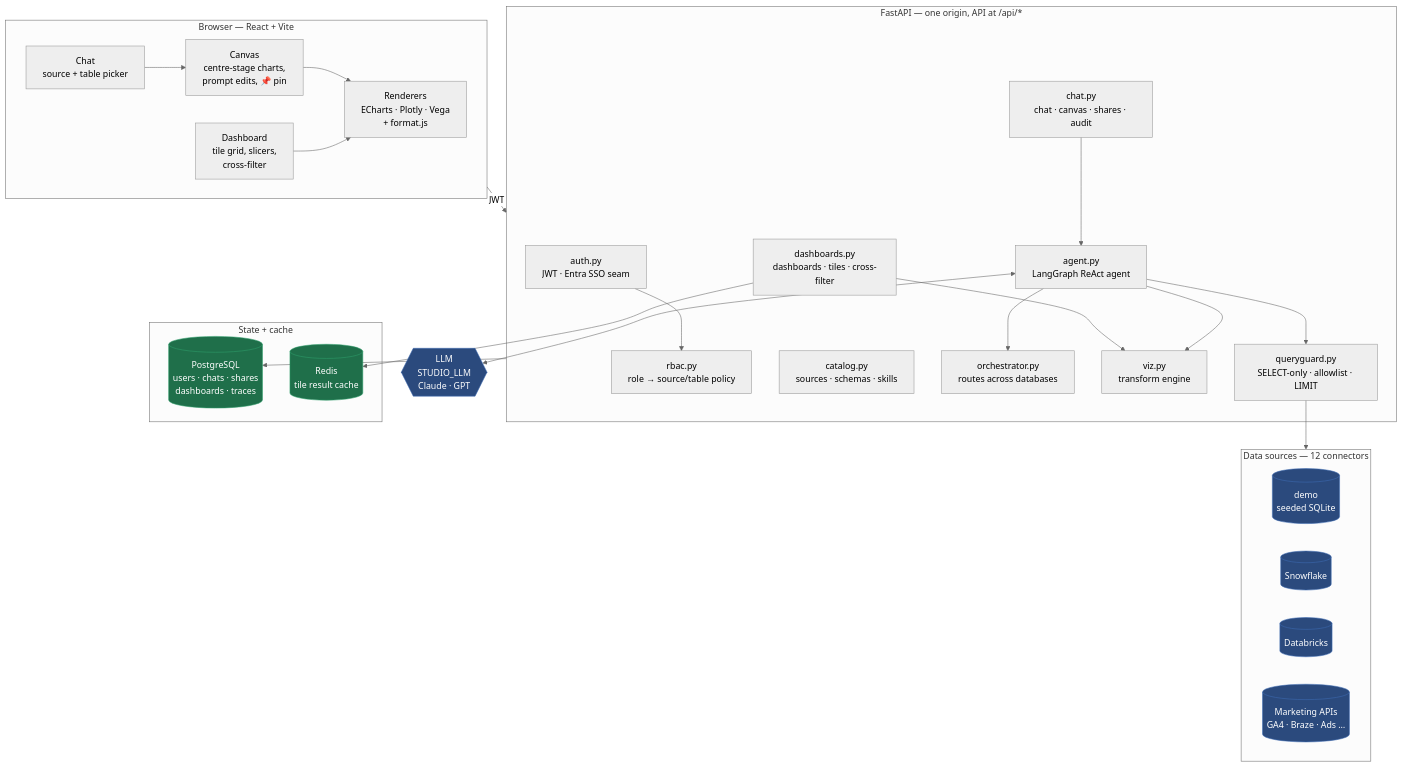
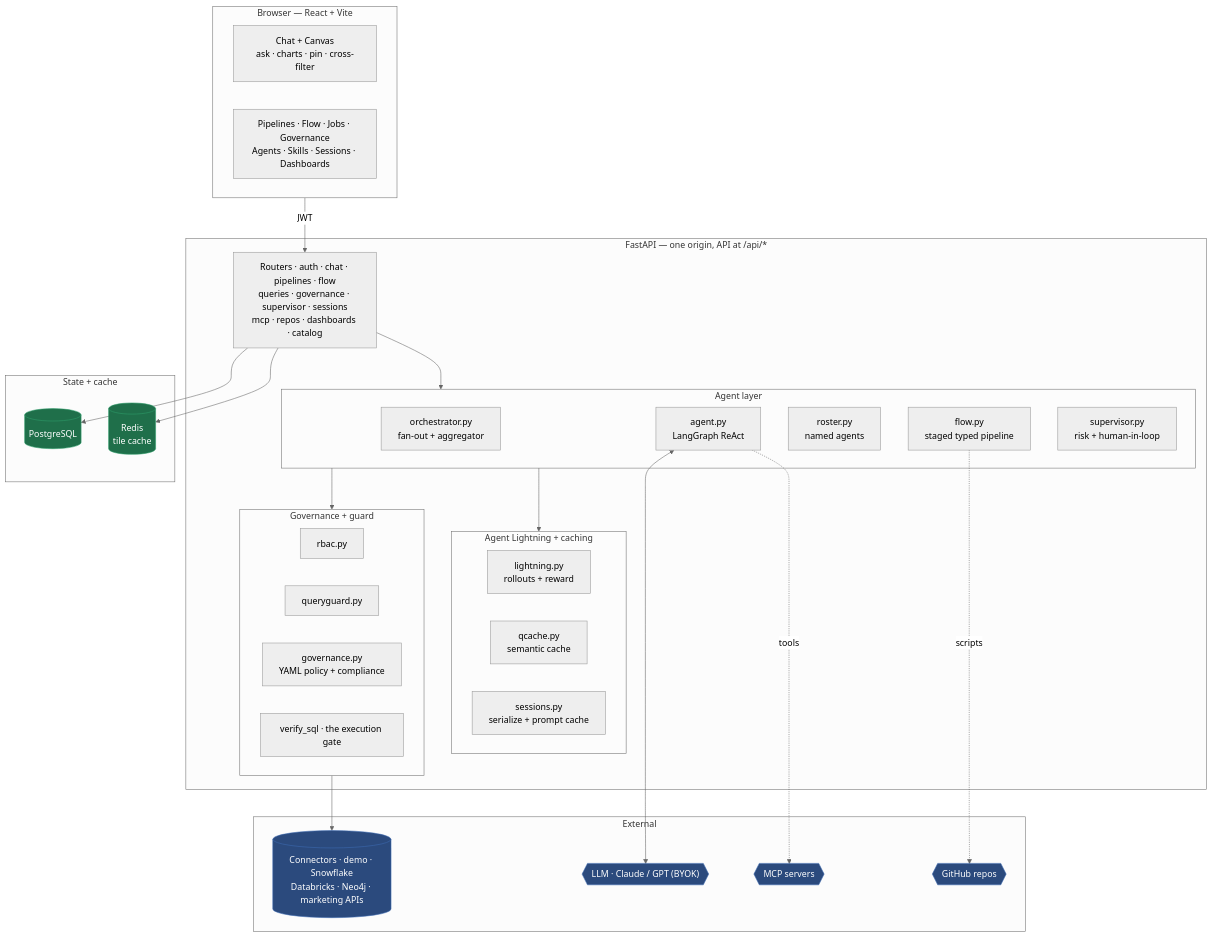
The first of 9 diagrams in README.md (rohitkarumanchi745/studio), drawn with Mermaid (neutral theme) before and after one commit. The commit also changed other lines of this file, not shown here.

First line of the commit message:
README: full-platform rewrite — architecture diagram + tradeoffs/rationale

````diff
--- a/README.md
+++ b/README.md
@@ -14,52 +17,60 @@
 ```mermaid
 flowchart TB
     subgraph client["Browser — React + Vite"]
-        chat["Chat<br/>source + table picker"]
-        canvas["Canvas<br/>centre-stage charts,<br/>prompt edits, 📌 pin"]
-        dash["Dashboard<br/>tile grid, slicers,<br/>cross-filter"]
-        render["Renderers<br/>ECharts · Plotly · Vega<br/>+ format.js"]
-        chat --> canvas --> render
-        dash --> render
+        chat["Chat + Canvas<br/>ask · charts · pin · cross-filter"]
+        views["Pipelines · Flow · Jobs · Governance<br/>Agents · Skills · Sessions · Dashboards"]
     end
 
     subgraph api["FastAPI — one origin, API at /api/*"]
-        auth["auth.py<br/>JWT · Entra SSO seam"]
-        rbacm["rbac.py<br/>role → source/table policy"]
-        catalog["catalog.py<br/>sources · schemas · skills"]
-        chatr["chat.py<br/>chat · canvas · shares · audit"]
-        dashr["dashboards.py<br/>dashboards · tiles · cross-filter"]
-        agent["agent.py<br/>LangGraph ReAct agent"]
-        orch["orchestrator.py<br/>routes across databases"]
-        viz["viz.py<br/>transform engine"]
-        guard["queryguard.py<br/>SELECT-only · allowlist · LIMIT"]
+        routers["Routers · auth · chat · pipelines · flow<br/>queries · governance · supervisor · sessions<br/>mcp · repos · dashboards · catalog"]
+
+        subgraph agents["Agent layer"]
+            orch["orchestrator.py<br/>fan-out + aggregator"]
+            agent["agent.py<br/>LangGraph ReAct"]
+            roster["roster.py<br/>named agents"]
+            flowm["flow.py<br/>staged typed pipeline"]
+            sup["supervisor.py<br/>risk + human-in-loop"]
+        end
+
+        subgraph gate["Governance + guard"]
+            rbacm["rbac.py"]
+            guard["queryguard.py"]
+            gov["governance.py<br/>YAML policy + compliance"]
+            verify["verify_sql · the execution gate"]
+        end
+
+        subgraph learn["Agent Lightning + caching"]
+            light["lightning.py<br/>rollouts + reward"]
+            qc["qcache.py<br/>semantic cache"]
+            sess["sessions.py<br/>serialize + prompt cache"]
+        end
     end
 
     subgraph state["State + cache"]
-        pg[("PostgreSQL<br/>users · chats · shares<br/>dashboards · traces")]
-        redis[("Redis<br/>tile result cache")]
+        pg[("PostgreSQL")]
+        redis[("Redis<br/>tile cache")]
     end
 
-    subgraph sources["Data sources — 12 connectors"]
-        demo[("demo<br/>seeded SQLite")]
-        snow[("Snowflake")]
-        bricks[("Databricks")]
-        mkt[("Marketing APIs<br/>GA4 · Braze · Ads …")]
+    subgraph ext["External"]
+        llm{{"LLM · Claude / GPT (BYOK)"}}
+        mcp{{"MCP servers"}}
+        gh{{"GitHub repos"}}
+        src[("Connectors · demo · Snowflake<br/>Databricks · Neo4j · marketing APIs")]
     end
 
-    llm{{"LLM<br/>STUDIO_LLM<br/>Claude · GPT"}}
-
-    client -->|"JWT"| api
-    auth --> rbacm
-    chatr --> agent --> orch
+    client -->|JWT| routers
+    routers --> agents
     agent <--> llm
-    agent --> guard --> sources
-    dashr --> viz
-    dashr --> redis
-    agent --> viz
-    api --> pg
+    agents --> gate
+    gate --> src
+    agents --> learn
+    agent -.tools.-> mcp
+    flowm -.scripts.-> gh
+    routers --> pg
+    routers --> redis
 
     classDef store fill:#1f6f4a,stroke:#2e9e6b,color:#fff
-    classDef ext fill:#2b4a7d,stroke:#3d6bb3,color:#fff
+    classDef extc fill:#2b4a7d,stroke:#3d6bb3,color:#fff
     class pg,redis store
-    class demo,snow,bricks,mkt,llm ext
+    class llm,mcp,gh,src extc
 ```
````
